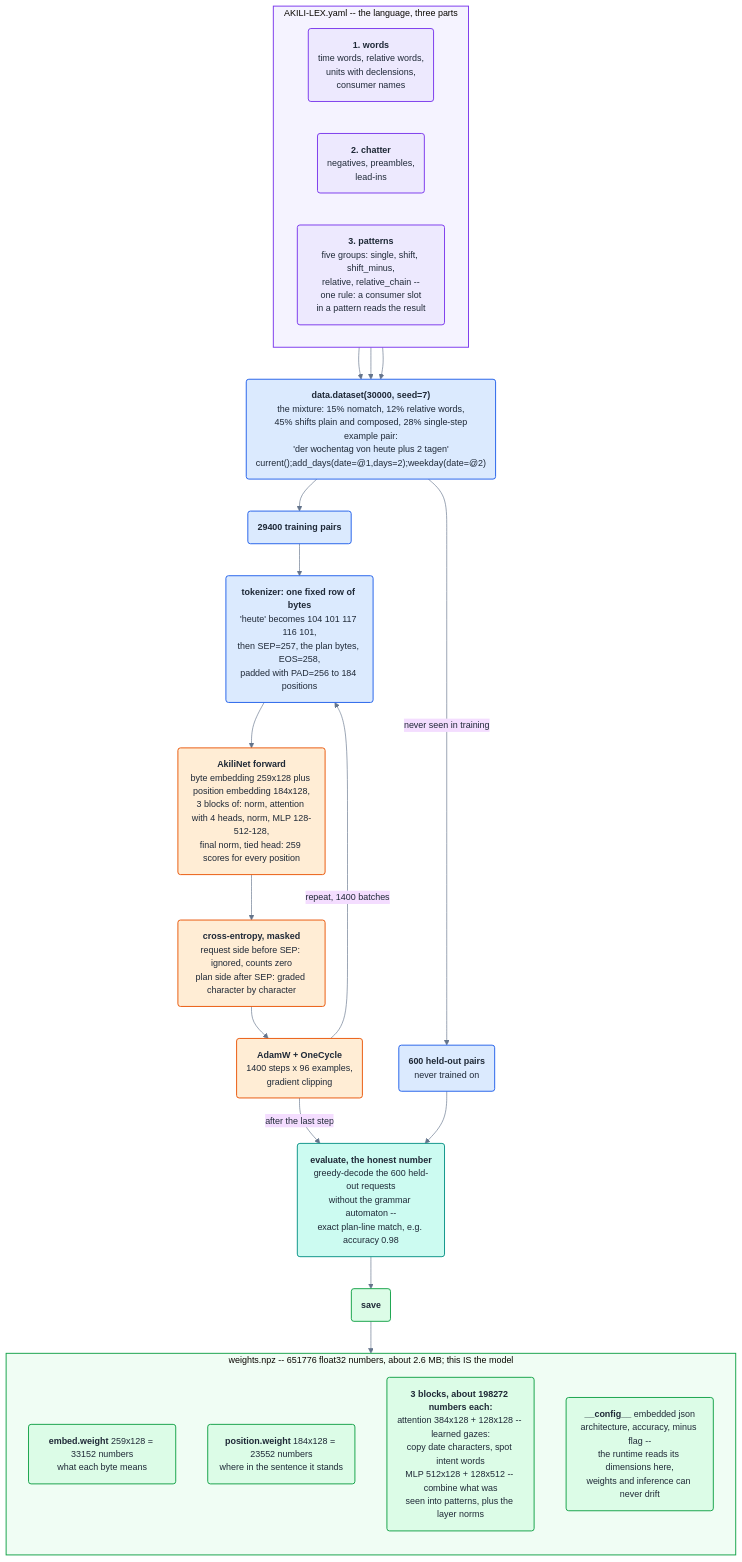
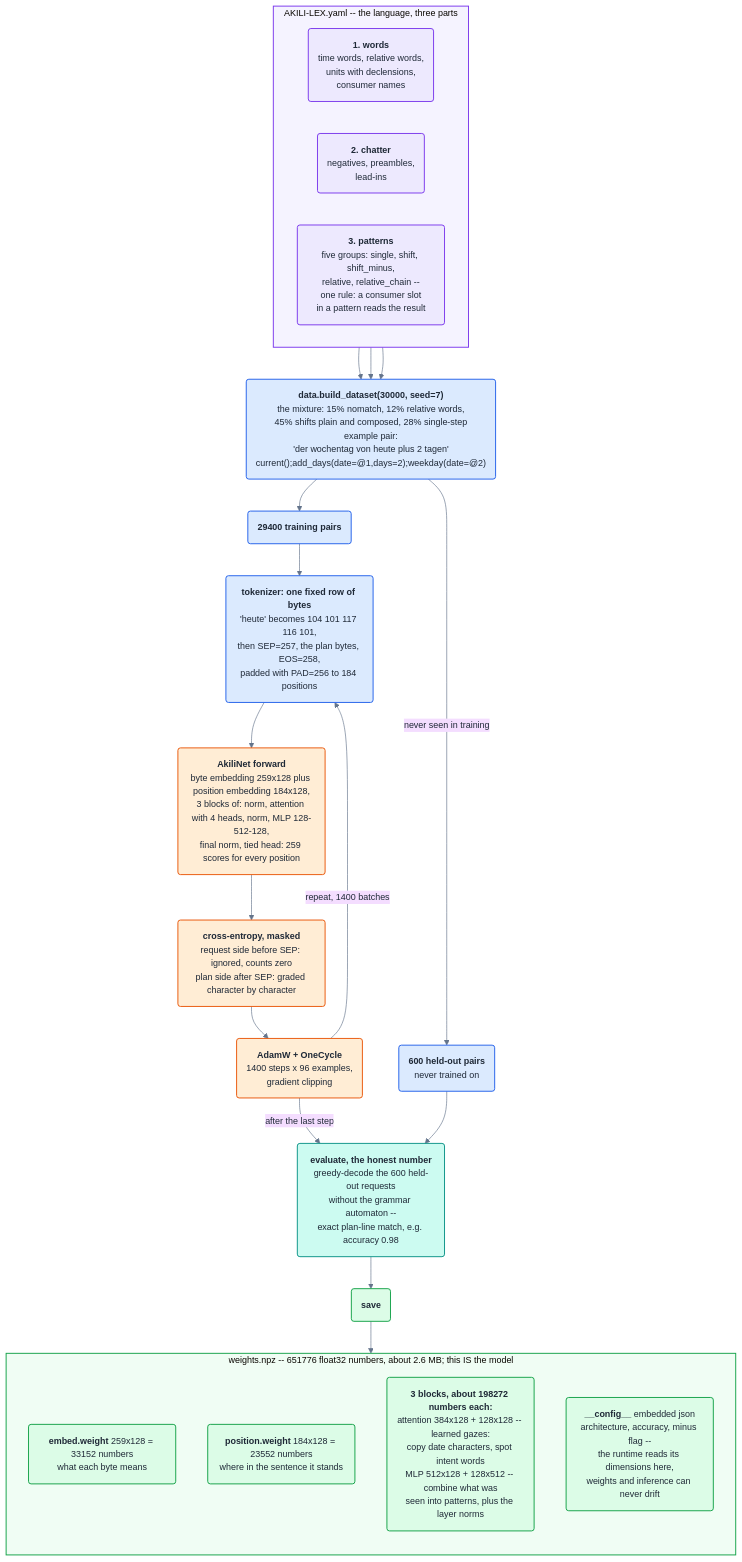
Before and after one commit to tokeo/ramani: the fourth of 4 diagrams in tokeo/ramani/generate/project/{{app_label}}/core/akili/AKILI-LLM.md, drawn with Mermaid. The commit also changed 5 other files, not shown here.

Commit message:
mod: template akili WEIGHTS_PATH, build_dataset and get_allowed_chars

````diff
--- a/tokeo/ramani/generate/project/{{app_label}}/core/akili/AKILI-LLM.md
+++ b/tokeo/ramani/generate/project/{{app_label}}/core/akili/AKILI-LLM.md
@@ -517,53 +517,53 @@
 ```mermaid
 %%{init: {"theme": "base", "themeVariables": {"primaryTextColor": "#1f2937", "lineColor": "#64748b", "fontSize": "14px"}}}%%
 flowchart TD
     subgraph LEXP["AKILI-LEX.yaml -- the language, three parts"]
         direction LR
         LW("<b>1. words</b><br/>time words, relative words,<br/>units with declensions,<br/>consumer names")
         LC("<b>2. chatter</b><br/>negatives, preambles,<br/>lead-ins")
         LP("<b>3. patterns</b><br/>five groups: single, shift, shift_minus,<br/>relative, relative_chain --<br/>one rule: a consumer slot<br/>in a pattern reads the result")
     end
 
-    GEN("<b>data.dataset(30000, seed=7)</b><br/>the mixture: 15% nomatch, 12% relative words,<br/>45% shifts plain and composed, 28% single-step<br/>example pair:<br/>'der wochentag von heute plus 2 tagen'<br/>current();add_days(date=@1,days=2);weekday(date=@2)")
+    GEN("<b>data.build_dataset(30000, seed=7)</b><br/>the mixture: 15% nomatch, 12% relative words,<br/>45% shifts plain and composed, 28% single-step<br/>example pair:<br/>'der wochentag von heute plus 2 tagen'<br/>current();add_days(date=@1,days=2);weekday(date=@2)")
     HELD("<b>600 held-out pairs</b><br/>never trained on")
     TRAIN("<b>29400 training pairs</b>")
     TOK("<b>tokenizer: one fixed row of bytes</b><br/>'heute' becomes 104 101 117 116 101,<br/>then SEP=257, the plan bytes, EOS=258,<br/>padded with PAD=256 to 184 positions")
     NET("<b>AkiliNet forward</b><br/>byte embedding 259x128 plus position embedding 184x128,<br/>3 blocks of: norm, attention with 4 heads, norm, MLP 128-512-128,<br/>final norm, tied head: 259 scores for every position")
     LOSS("<b>cross-entropy, masked</b><br/>request side before SEP: ignored, counts zero<br/>plan side after SEP: graded character by character")
     OPT("<b>AdamW + OneCycle</b><br/>1400 steps x 96 examples,<br/>gradient clipping")
     EVAL("<b>evaluate, the honest number</b><br/>greedy-decode the 600 held-out requests<br/>without the grammar automaton --<br/>exact plan-line match, e.g. accuracy 0.98")
     SAVE("<b>save</b>")
 
     LW --> GEN
     LC --> GEN
     LP --> GEN
     GEN -->|"never seen in training"| HELD
     GEN --> TRAIN
     TRAIN --> TOK --> NET --> LOSS --> OPT
     OPT -->|"repeat, 1400 batches"| TOK
     OPT -->|"after the last step"| EVAL
     HELD --> EVAL
     EVAL --> SAVE
 
     subgraph NPZ["weights.npz -- 651776 float32 numbers, about 2.6 MB; this IS the model"]
         direction TB
         W1("<b>embed.weight</b> 259x128 = 33152 numbers<br/>what each byte means")
         W2("<b>position.weight</b> 184x128 = 23552 numbers<br/>where in the sentence it stands")
         W3("<b>3 blocks, about 198272 numbers each:</b><br/>attention 384x128 + 128x128 -- learned gazes:<br/>copy date characters, spot intent words<br/>MLP 512x128 + 128x512 -- combine what was<br/>seen into patterns, plus the layer norms")
         W4("<b>__config__</b> embedded json<br/>architecture, accuracy, minus flag --<br/>the runtime reads its dimensions here,<br/>weights and inference can never drift")
     end
     SAVE --> NPZ
 
     classDef lang fill:#ede9fe,stroke:#7c3aed,stroke-width:1.5px,color:#1f2937,rx:4px,ry:4px
     classDef data fill:#dbeafe,stroke:#2563eb,stroke-width:1.5px,color:#1f2937,rx:4px,ry:4px
     classDef train fill:#ffedd5,stroke:#ea580c,stroke-width:1.5px,color:#1f2937,rx:4px,ry:4px
     classDef eval fill:#ccfbf1,stroke:#0d9488,stroke-width:1.5px,color:#1f2937,rx:4px,ry:4px
     classDef out fill:#dcfce7,stroke:#16a34a,stroke-width:1.5px,color:#1f2937,rx:4px,ry:4px
     class LW,LC,LP lang
     class GEN,HELD,TRAIN,TOK data
     class NET,LOSS,OPT train
     class EVAL eval
     class SAVE,W1,W2,W3,W4 out
     style LEXP fill:#f5f3ff,stroke:#7c3aed,stroke-width:1.5px
     style NPZ fill:#f0fdf4,stroke:#16a34a,stroke-width:1.5px
 ```
````
